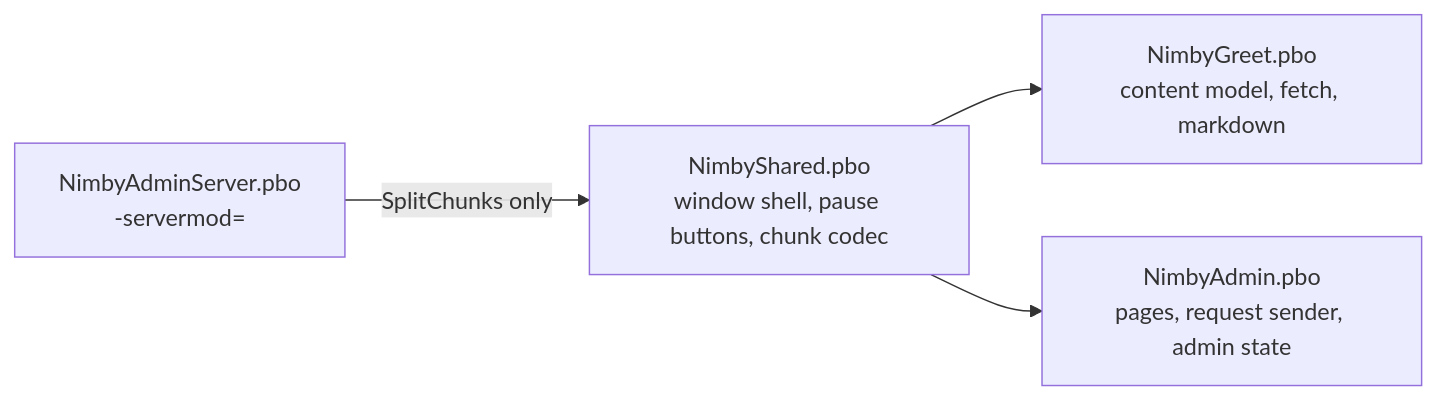
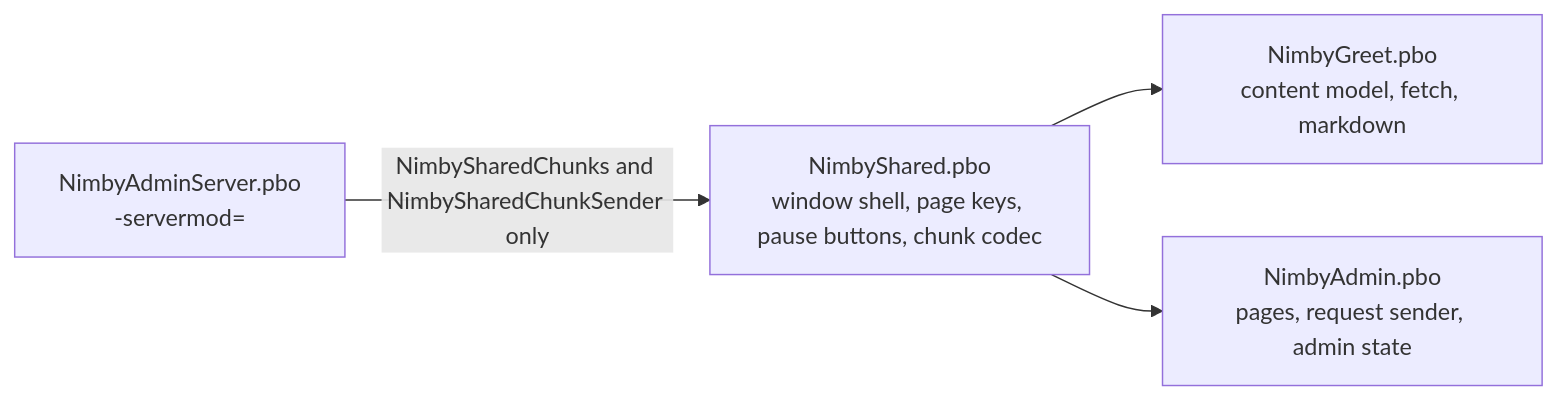
One commit to CruftCommander/nimby-badlands-server changed the diagram in docs/plans/2026-10-31-nimby-shared-plan.md. Above: the diagram before and after it, drawn with Mermaid. The commit also changed other lines of this file and 2 other files, not shown here.

Commit message:
Plan 11 v0.2 (built shape of C5 to C8, C10 page keys, SH rows corrected and SH-15, SH-16 added), Greet plan v0.5 note, Greet NOTICE

````diff
--- a/docs/plans/2026-10-31-nimby-shared-plan.md
+++ b/docs/plans/2026-10-31-nimby-shared-plan.md
@@ -34,6 +37,6 @@
 ```mermaid
 flowchart LR
-    Shared[NimbyShared.pbo<br/>window shell, pause buttons, chunk codec] --> Greet[NimbyGreet.pbo<br/>content model, fetch, markdown]
+    Shared[NimbyShared.pbo<br/>window shell, page keys, pause buttons, chunk codec] --> Greet[NimbyGreet.pbo<br/>content model, fetch, markdown]
     Shared --> Admin[NimbyAdmin.pbo<br/>pages, request sender, admin state]
-    AdminServer[NimbyAdminServer.pbo<br/>-servermod=] -- "SplitChunks only" --> Shared
+    AdminServer[NimbyAdminServer.pbo<br/>-servermod=] -- "NimbySharedChunks and NimbySharedChunkSender only" --> Shared
 ```
````
